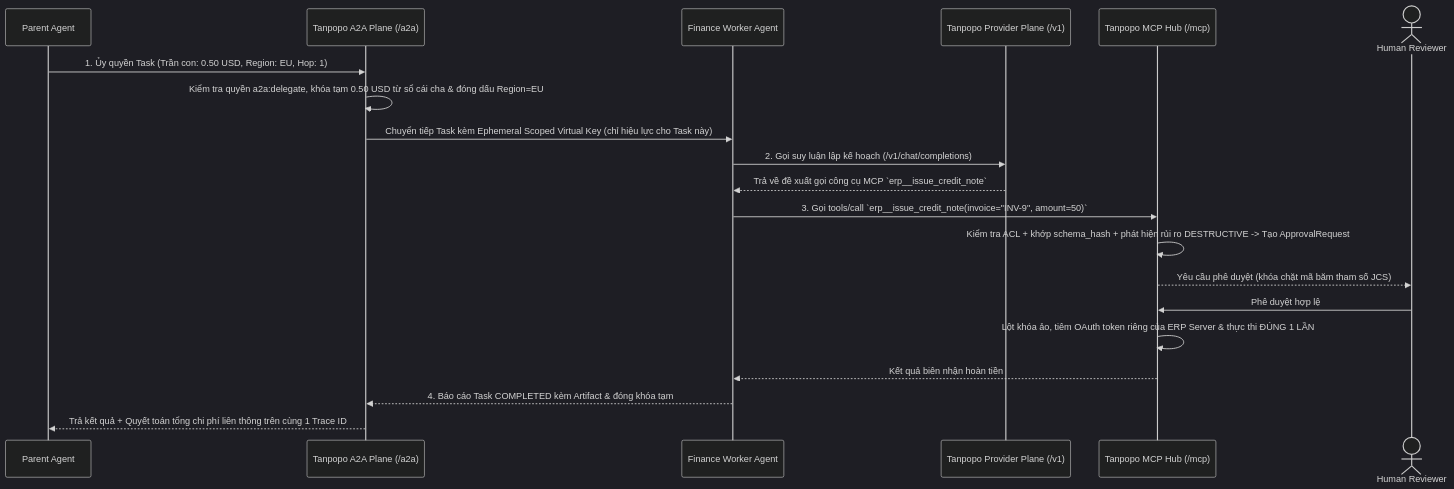
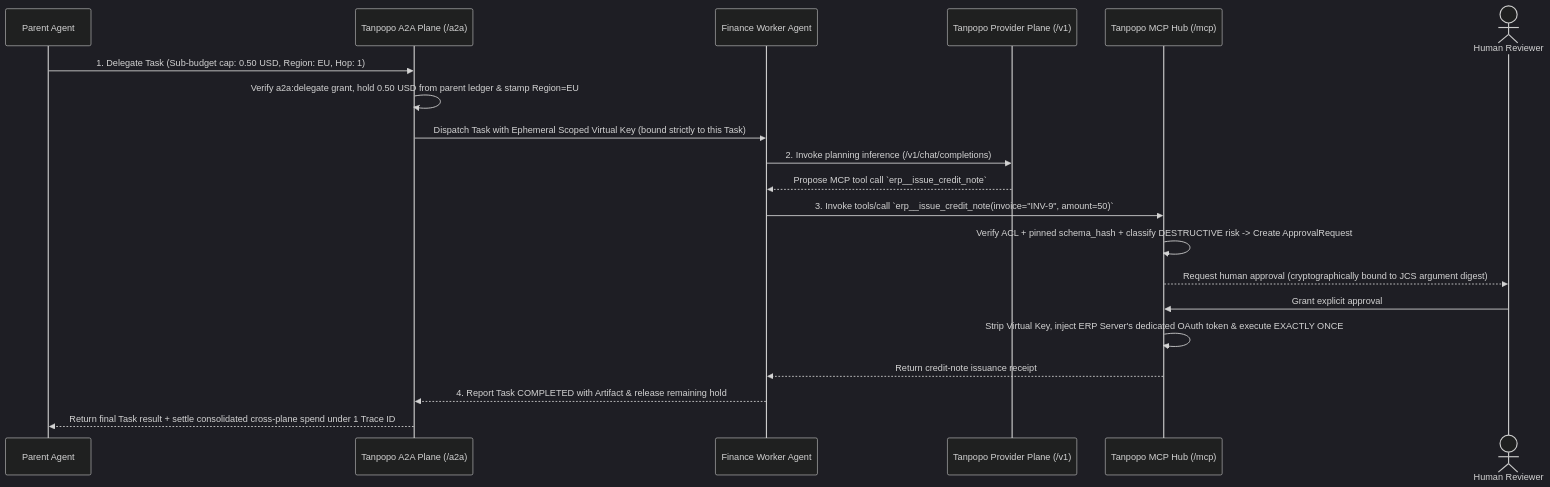
One commit to nguywnben/tanpopo changed the diagram in docs/specifications/mcp-a2a-boundaries.md. Above: the diagram before and after it, drawn with Mermaid (dark theme). The commit also changed other lines of this file and 111 other files, not shown here.

Commit message:
docs: step 11 - standardize official repository documentation to English and create consolidated owner approval sheet

````diff
--- a/docs/specifications/mcp-a2a-boundaries.md
+++ b/docs/specifications/mcp-a2a-boundaries.md
@@ -74,23 +74,23 @@
 ```mermaid
 sequenceDiagram
     participant Orchestrator as Parent Agent
     participant A2A as Tanpopo A2A Plane (/a2a)
     participant Worker as Finance Worker Agent
     participant LLM as Tanpopo Provider Plane (/v1)
     participant MCP as Tanpopo MCP Hub (/mcp)
     actor Rev as Human Reviewer
 
-    Orchestrator->>A2A: 1. Ủy quyền Task (Trần con: 0.50 USD, Region: EU, Hop: 1)
-    A2A->>A2A: Kiểm tra quyền a2a:delegate, khóa tạm 0.50 USD từ sổ cái cha & đóng dấu Region=EU
-    A2A->>Worker: Chuyển tiếp Task kèm Ephemeral Scoped Virtual Key (chỉ hiệu lực cho Task này)
-    Worker->>LLM: 2. Gọi suy luận lập kế hoạch (/v1/chat/completions)
-    LLM-->>Worker: Trả về đề xuất gọi công cụ MCP `erp__issue_credit_note`
-    Worker->>MCP: 3. Gọi tools/call `erp__issue_credit_note(invoice="INV-9", amount=50)`
-    MCP->>MCP: Kiểm tra ACL + khớp schema_hash + phát hiện rủi ro DESTRUCTIVE -> Tạo ApprovalRequest
-    MCP-->>Rev: Yêu cầu phê duyệt (khóa chặt mã băm tham số JCS)
-    Rev->>MCP: Phê duyệt hợp lệ
-    MCP->>MCP: Lột khóa ảo, tiêm OAuth token riêng của ERP Server & thực thi ĐÚNG 1 LẦN
-    MCP-->>Worker: Kết quả biên nhận hoàn tiền
-    Worker-->>A2A: 4. Báo cáo Task COMPLETED kèm Artifact & đóng khóa tạm
-    A2A-->>Orchestrator: Trả kết quả + Quyết toán tổng chi phí liên thông trên cùng 1 Trace ID
+    Orchestrator->>A2A: 1. Delegate Task (Sub-budget cap: 0.50 USD, Region: EU, Hop: 1)
+    A2A->>A2A: Verify a2a:delegate grant, hold 0.50 USD from parent ledger & stamp Region=EU
+    A2A->>Worker: Dispatch Task with Ephemeral Scoped Virtual Key (bound strictly to this Task)
+    Worker->>LLM: 2. Invoke planning inference (/v1/chat/completions)
+    LLM-->>Worker: Propose MCP tool call `erp__issue_credit_note`
+    Worker->>MCP: 3. Invoke tools/call `erp__issue_credit_note(invoice="INV-9", amount=50)`
+    MCP->>MCP: Verify ACL + pinned schema_hash + classify DESTRUCTIVE risk -> Create ApprovalRequest
+    MCP-->>Rev: Request human approval (cryptographically bound to JCS argument digest)
+    Rev->>MCP: Grant explicit approval
+    MCP->>MCP: Strip Virtual Key, inject ERP Server's dedicated OAuth token & execute EXACTLY ONCE
+    MCP-->>Worker: Return credit-note issuance receipt
+    Worker-->>A2A: 4. Report Task COMPLETED with Artifact & release remaining hold
+    A2A-->>Orchestrator: Return final Task result + settle consolidated cross-plane spend under 1 Trace ID
 ```
````
